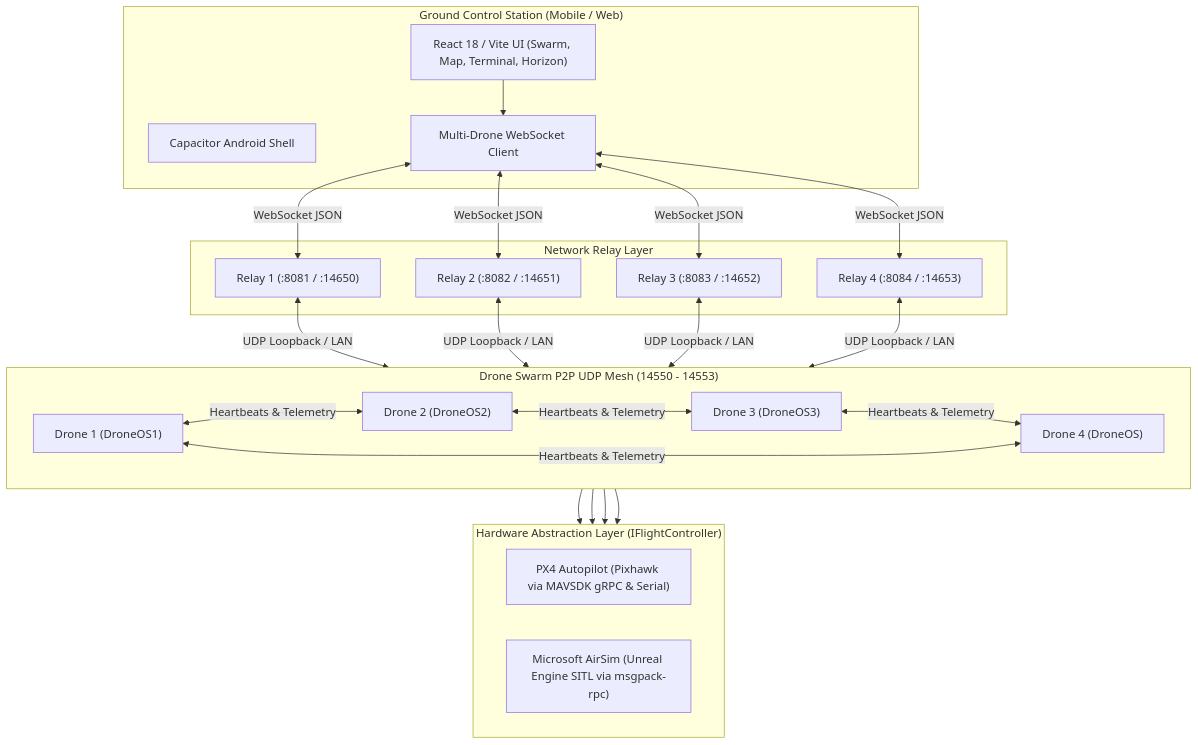
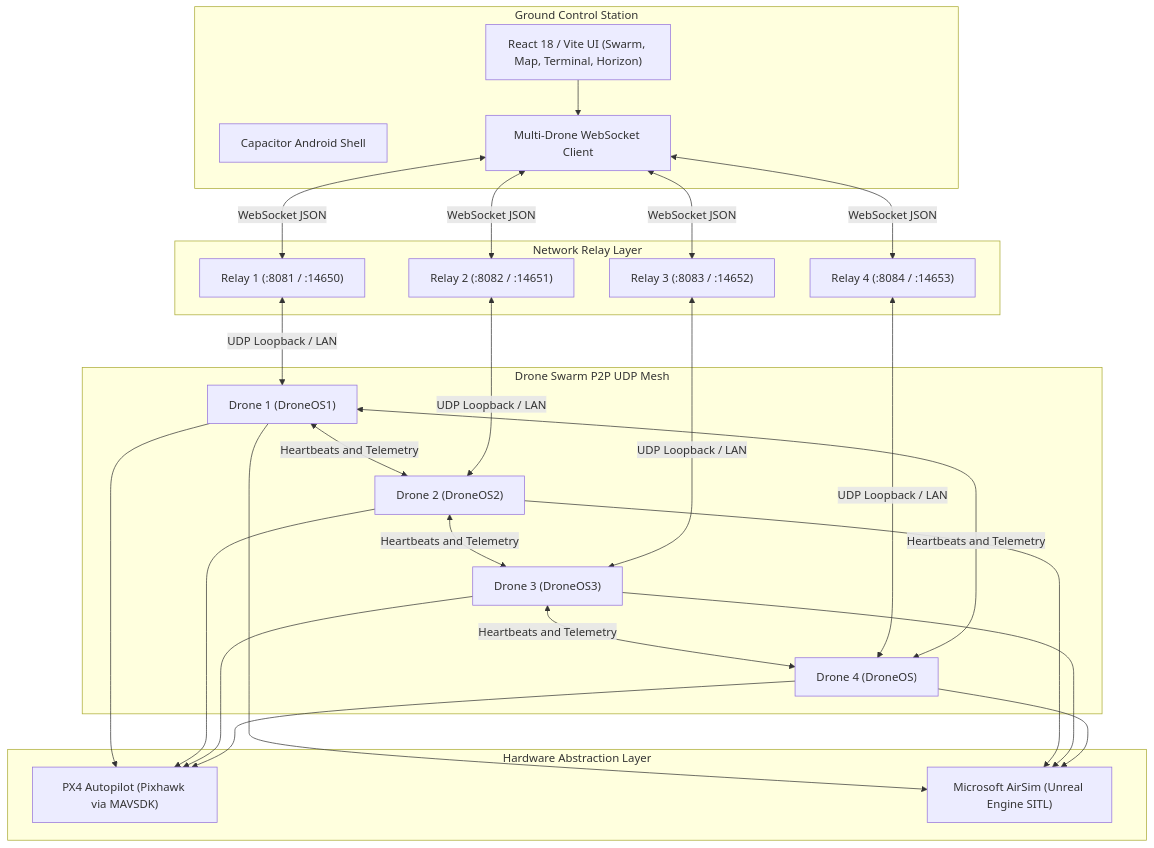
The diagram in doc/README.md (Debanshu2005/DroneSwarm), drawn with Mermaid before and after one commit. The commit also changed 11 other files, not shown here.

Commit message:
docs: add comprehensive system architecture and user guides for phoneos swarm

````diff
--- a/doc/README.md
+++ b/doc/README.md
@@ -38,44 +38,52 @@
 ```mermaid
-graph TB
-    subgraph GCS["Ground Control Station (Mobile / Web)"]
+flowchart TB
+    subgraph GCS["Ground Control Station"]
         UI["React 18 / Vite UI (Swarm, Map, Terminal, Horizon)"]
         Capacitor["Capacitor Android Shell"]
         WSClient["Multi-Drone WebSocket Client"]
     end
 
     subgraph Bridges["Network Relay Layer"]
         Relay1["Relay 1 (:8081 / :14650)"]
         Relay2["Relay 2 (:8082 / :14651)"]
         Relay3["Relay 3 (:8083 / :14652)"]
         Relay4["Relay 4 (:8084 / :14653)"]
     end
 
-    subgraph SwarmMesh["Drone Swarm P2P UDP Mesh (14550 - 14553)"]
-        direction LR
-        Drone1["Drone 1 (DroneOS1)"] <-->|Heartbeats & Telemetry| Drone2["Drone 2 (DroneOS2)"]
-        Drone2 <-->|Heartbeats & Telemetry| Drone3["Drone 3 (DroneOS3)"]
-        Drone3 <-->|Heartbeats & Telemetry| Drone4["Drone 4 (DroneOS)"]
-        Drone4 <-->|Heartbeats & Telemetry| Drone1
+    subgraph SwarmMesh["Drone Swarm P2P UDP Mesh"]
+        Drone1["Drone 1 (DroneOS1)"]
+        Drone2["Drone 2 (DroneOS2)"]
+        Drone3["Drone 3 (DroneOS3)"]
+        Drone4["Drone 4 (DroneOS)"]
     end
 
-    subgraph HAL["Hardware Abstraction Layer (IFlightController)"]
-        PX4["PX4 Autopilot (Pixhawk via MAVSDK gRPC & Serial)"]
-        AirSim["Microsoft AirSim (Unreal Engine SITL via msgpack-rpc)"]
+    subgraph HAL["Hardware Abstraction Layer"]
+        PX4["PX4 Autopilot (Pixhawk via MAVSDK)"]
+        AirSim["Microsoft AirSim (Unreal Engine SITL)"]
     end
+
+    Drone1 <-->|"Heartbeats and Telemetry"| Drone2
+    Drone2 <-->|"Heartbeats and Telemetry"| Drone3
+    Drone3 <-->|"Heartbeats and Telemetry"| Drone4
+    Drone4 <-->|"Heartbeats and Telemetry"| Drone1
 
     UI --> WSClient
     WSClient <-->|WebSocket JSON| Relay1
     WSClient <-->|WebSocket JSON| Relay2
     WSClient <-->|WebSocket JSON| Relay3
     WSClient <-->|WebSocket JSON| Relay4
 
     Relay1 <-->|UDP Loopback / LAN| Drone1
     Relay2 <-->|UDP Loopback / LAN| Drone2
     Relay3 <-->|UDP Loopback / LAN| Drone3
     Relay4 <-->|UDP Loopback / LAN| Drone4
 
-    Drone1 --> HAL
-    Drone2 --> HAL
-    Drone3 --> HAL
-    Drone4 --> HAL
+    Drone1 --> PX4
+    Drone1 --> AirSim
+    Drone2 --> PX4
+    Drone2 --> AirSim
+    Drone3 --> PX4
+    Drone3 --> AirSim
+    Drone4 --> PX4
+    Drone4 --> AirSim
 ```
````
